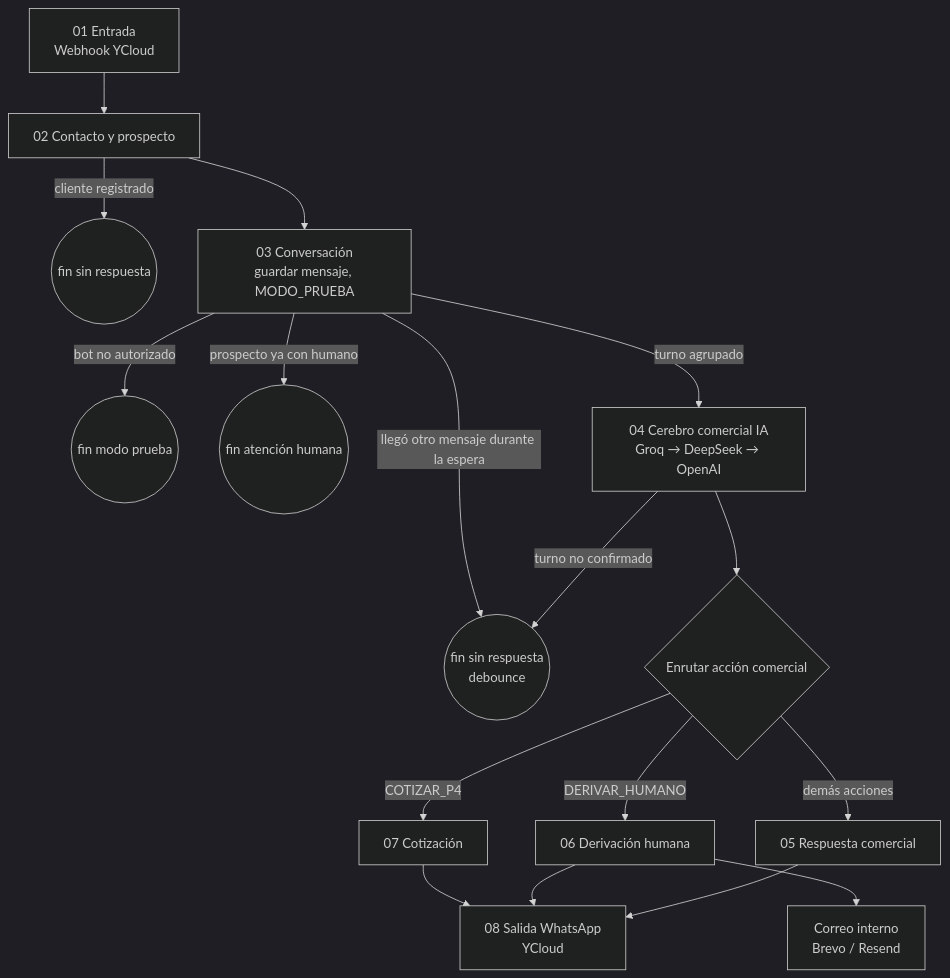
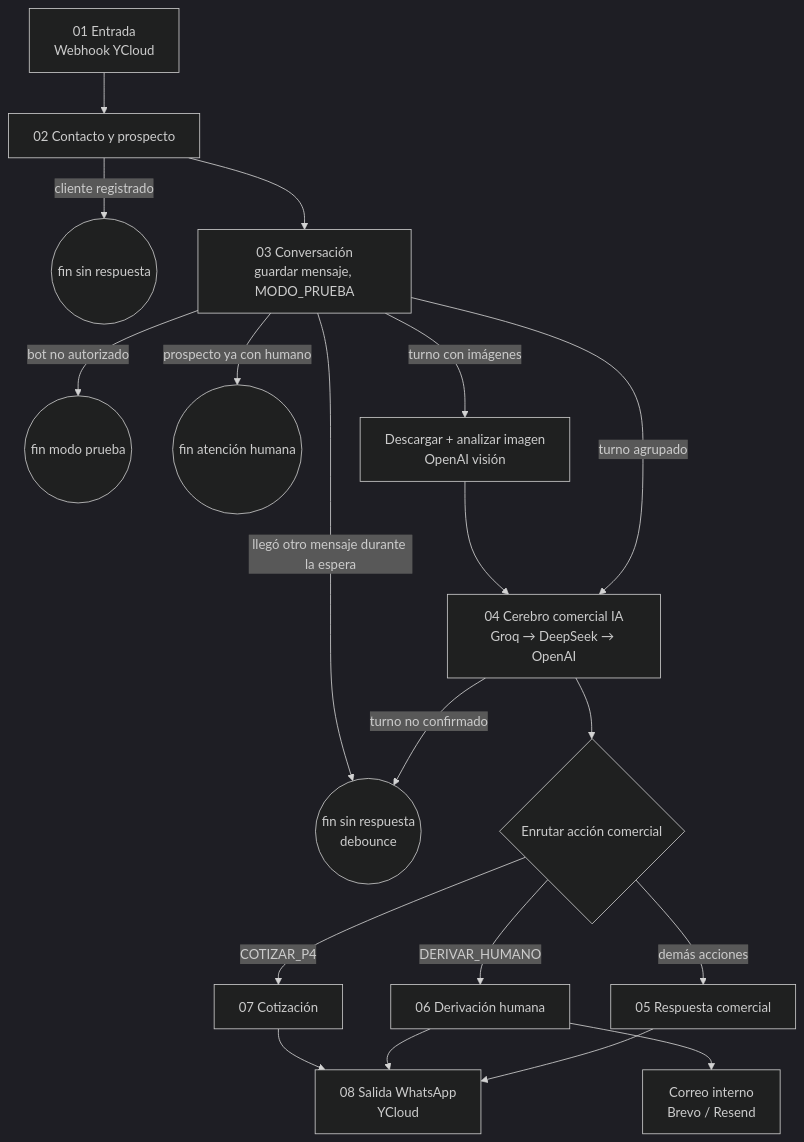
Before and after one commit to Theborycuas/pegaso-n8n: the first of 2 diagrams in docs/arquitectura.md, drawn with Mermaid (dark theme). The commit also changed other lines of this file and 52 other files, not shown here.

````diff
--- a/docs/arquitectura.md
+++ b/docs/arquitectura.md
@@ -20,19 +21,21 @@
 ```mermaid
 flowchart TD
     A[01 Entrada<br/>Webhook YCloud] --> B[02 Contacto y prospecto]
     B -->|cliente registrado| X1((fin sin respuesta))
     B --> C[03 Conversación<br/>guardar mensaje, MODO_PRUEBA]
     C -->|bot no autorizado| X2((fin modo prueba))
     C -->|prospecto ya con humano| X3((fin atención humana))
     C -->|llegó otro mensaje durante la espera| X4((fin sin respuesta<br/>debounce))
+    C -->|turno con imágenes| V[Descargar + analizar imagen<br/>OpenAI visión]
+    V --> D
     C -->|turno agrupado| D[04 Cerebro comercial IA<br/>Groq → DeepSeek → OpenAI]
     D -->|turno no confirmado| X4
     D --> S{Enrutar acción comercial}
     S -->|COTIZAR_P4| F[07 Cotización]
     S -->|DERIVAR_HUMANO| E[06 Derivación humana]
     S -->|demás acciones| R[05 Respuesta comercial]
     F --> W[08 Salida WhatsApp<br/>YCloud]
     E --> W
     R --> W
     E --> N[Correo interno<br/>Brevo / Resend]
 ```
````
